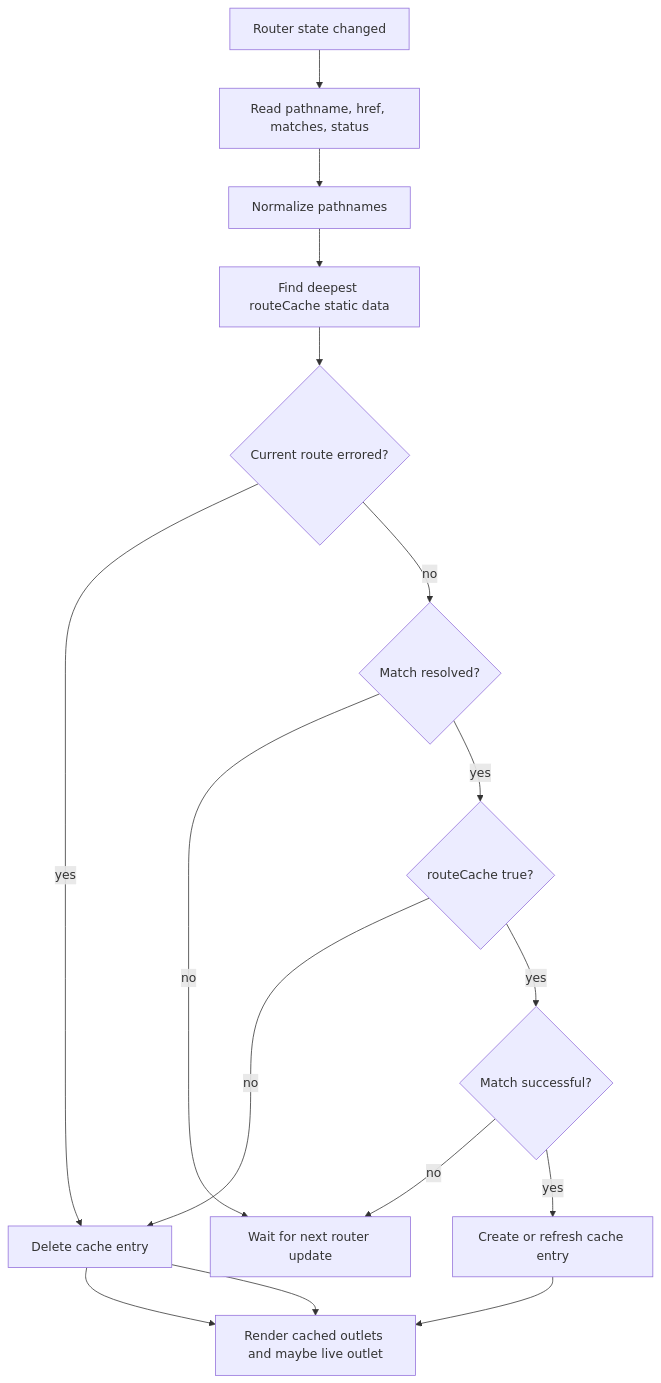
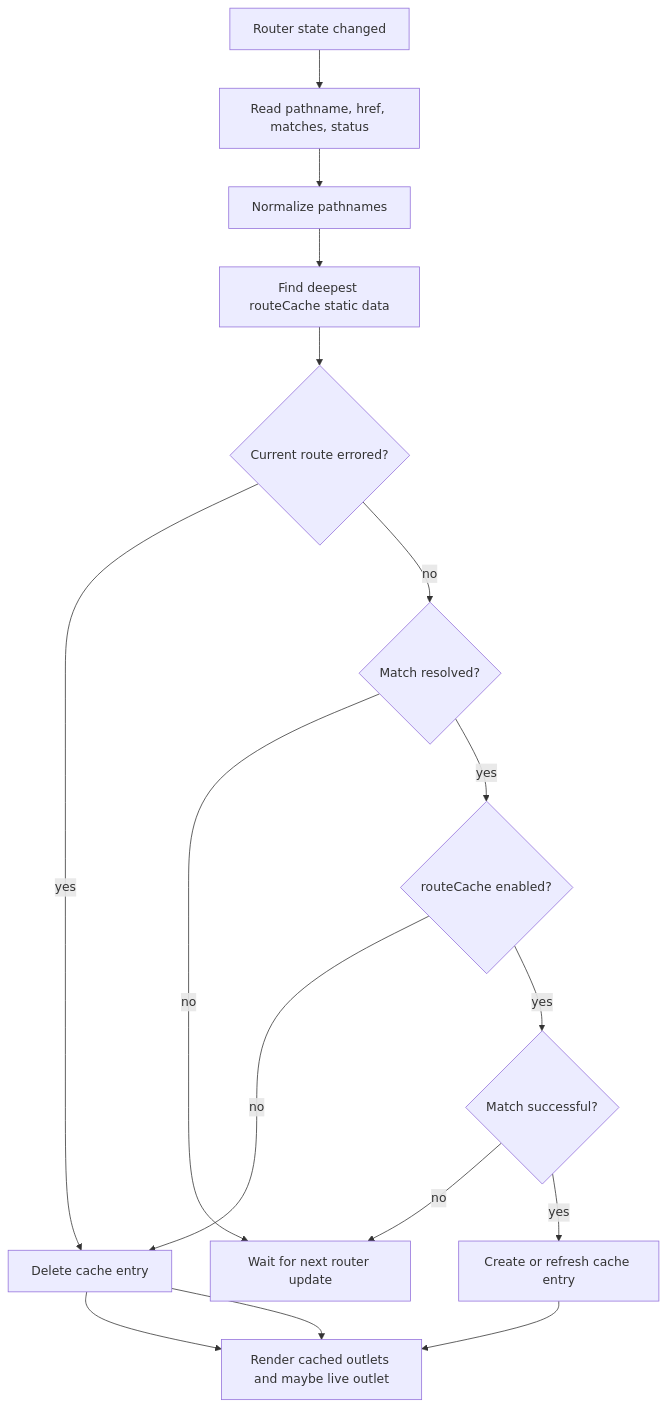
One commit to santiago-ramos-02/tanstack-router-cache changed the sixth of 15 diagrams in docs/architecture.md. Above: the diagram before and after it, drawn with Mermaid. The commit also changed other lines of this file and 4 other files, not shown here.

Commit message:
docs: document route cache options

````diff
--- a/docs/architecture.md
+++ b/docs/architecture.md
@@ -199,26 +199,26 @@
 ```mermaid
 flowchart TD
   start["Router state changed"]
   read["Read pathname, href, matches, status"]
   normalize["Normalize pathnames"]
   staticData["Find deepest routeCache static data"]
   errored{"Current route errored?"}
   resolved{"Match resolved?"}
-  cacheable{"routeCache true?"}
+  cacheable{"routeCache enabled?"}
   ready{"Match successful?"}
   write["Create or refresh cache entry"]
   deleteEntry["Delete cache entry"]
   wait["Wait for next router update"]
   render["Render cached outlets and maybe live outlet"]
 
   start --> read --> normalize --> staticData --> errored
   errored -- yes --> deleteEntry --> render
   errored -- no --> resolved
   resolved -- no --> wait
   resolved -- yes --> cacheable
   cacheable -- no --> deleteEntry
   cacheable -- yes --> ready
   ready -- no --> wait
   ready -- yes --> write --> render
   deleteEntry --> render
 ```
````
